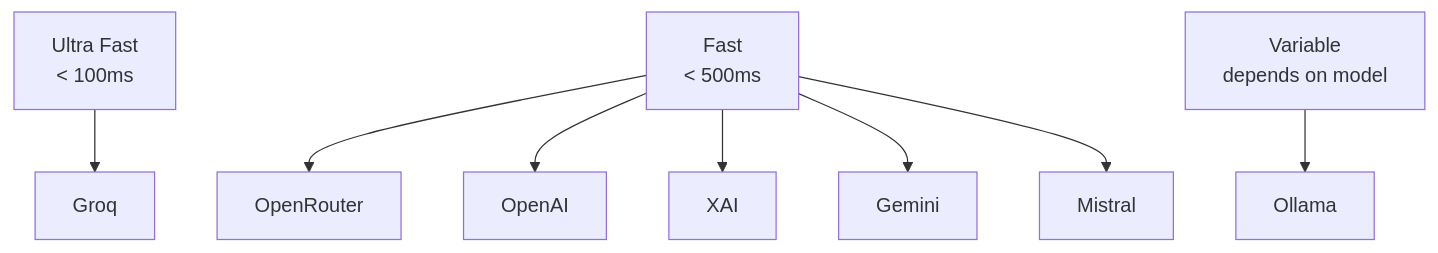
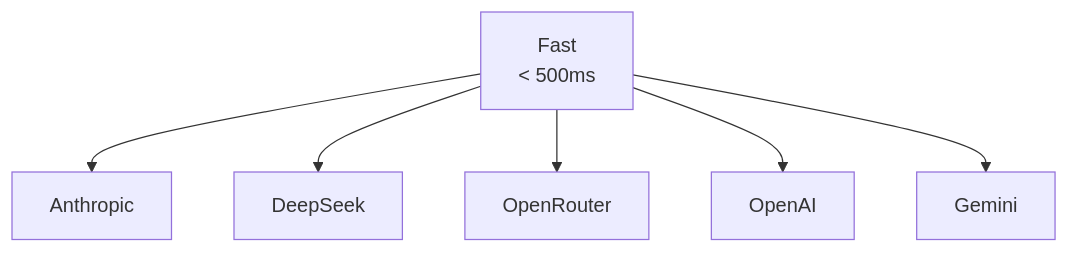
One commit to orchestre-dev/ccproxy changed the diagram in docs/providers/index.md. Above: the diagram before and after it, drawn with Mermaid. The commit also changed other lines of this file and 5 other files, not shown here.

````diff
--- a/docs/providers/index.md
+++ b/docs/providers/index.md
@@ -106,10 +132,8 @@
 ```mermaid
 graph TB
-    A[Ultra Fast<br/>< 100ms] --> B[Groq]
-    C[Fast<br/>< 500ms] --> D[OpenRouter]
-    C --> E[OpenAI]
-    C --> F[XAI]
-    C --> G[Gemini]
-    C --> H[Mistral]
-    I[Variable<br/>depends on model] --> J[Ollama]
+    A[Fast<br/>< 500ms] --> B[Anthropic]
+    A --> C[DeepSeek]
+    A --> D[OpenRouter]
+    A --> E[OpenAI]
+    A --> F[Gemini]
 ```
````
